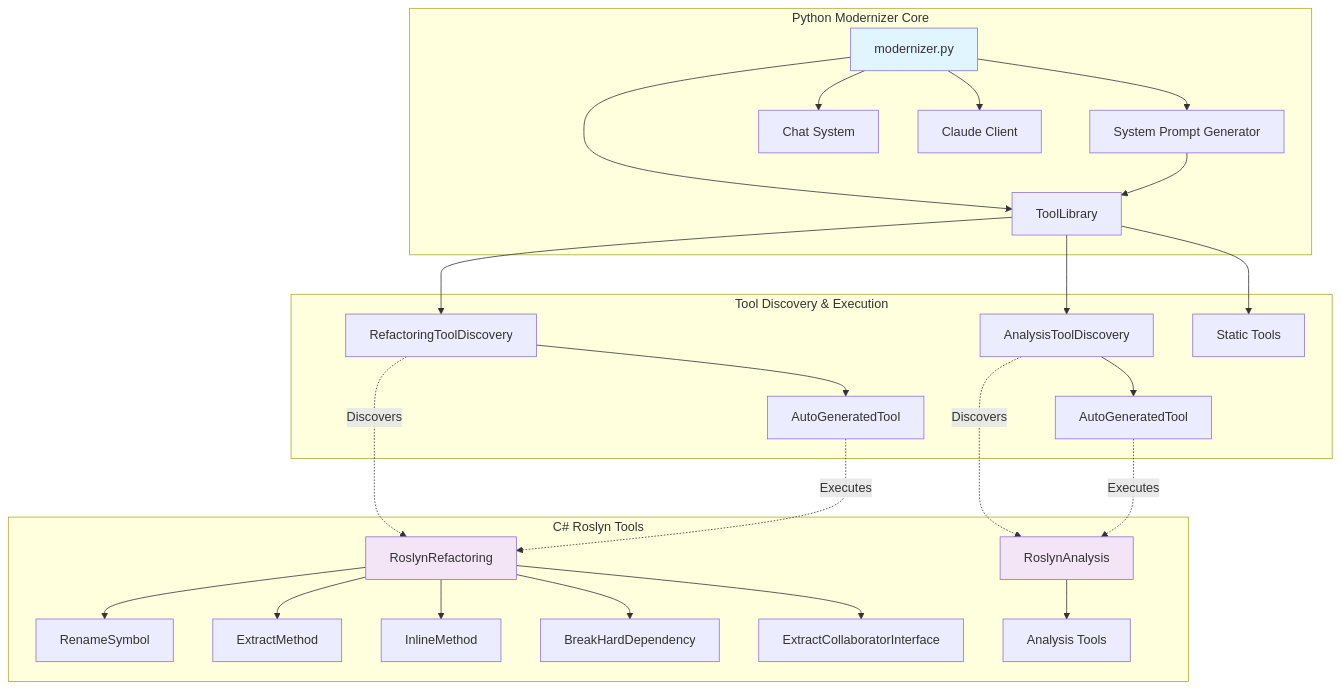
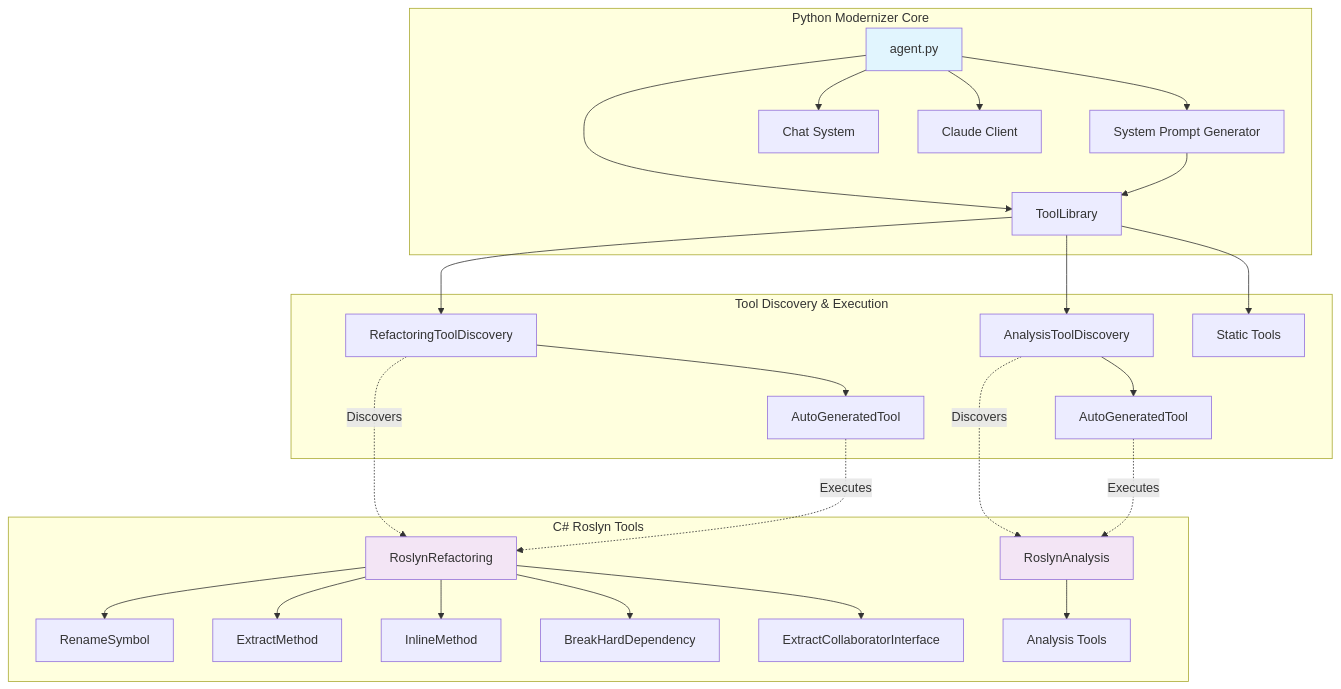
One commit to gregorriegler/simple-agent changed the diagram in README.md. Above: the diagram before and after it, drawn with Mermaid. The commit also changed other lines of this file and 10 other files, not shown here.

````diff
--- a/README.md
+++ b/README.md
@@ -7,36 +7,36 @@
 ```mermaid
 graph TB
     subgraph "Python Modernizer Core"
-        A[modernizer.py] --> D[System Prompt Generator]
+        A[agent.py] --> D[System Prompt Generator]
         A --> B[ToolLibrary]
         A --> C[Chat System]
         A --> E[Claude Client]
         D --> B
     end
     
     subgraph "Tool Discovery & Execution"
         B --> F[RefactoringToolDiscovery]
         B --> G[AnalysisToolDiscovery]
         B --> H[Static Tools]
         F --> I[AutoGeneratedTool]
         G --> J[AutoGeneratedTool]
     end
     
     subgraph "C# Roslyn Tools"
         K[RoslynRefactoring] --> L[RenameSymbol]
         K --> M[ExtractMethod]
         K --> N[InlineMethod]
         K --> O[BreakHardDependency]
         K --> P[ExtractCollaboratorInterface]
         Q[RoslynAnalysis] --> R[Analysis Tools]
     end
     
     F -.->|Discovers| K
     G -.->|Discovers| Q
     I -.->|Executes| K
     J -.->|Executes| Q
     
     style A fill:#e1f5fe
     style K fill:#f3e5f5
     style Q fill:#f3e5f5
 ```
````
